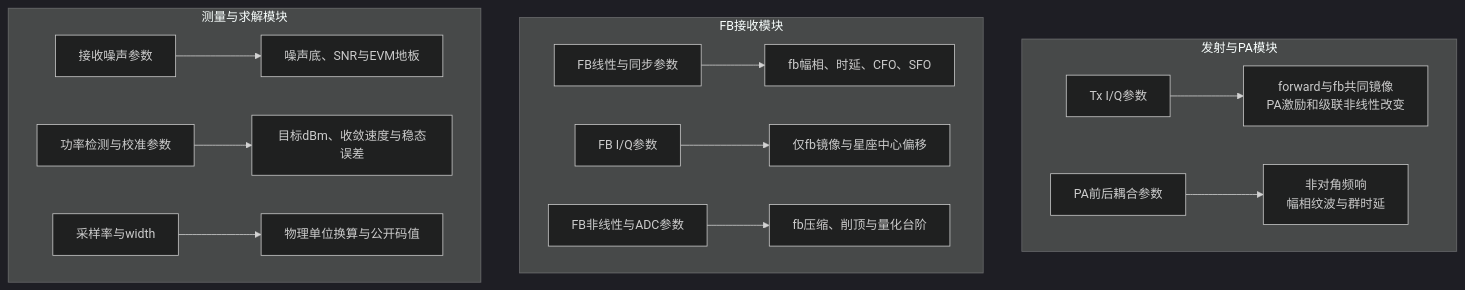
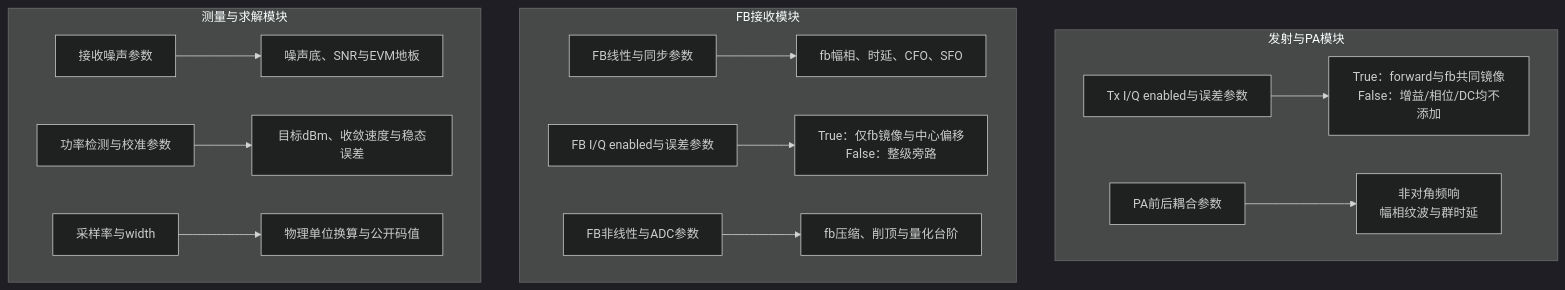
One commit to niyilu45/DPD_ILC changed the sixth of 9 diagrams in doc/Channel.md. Above: the diagram before and after it, drawn with Mermaid (dark theme). The commit also changed other lines of this file and 15 other files, not shown here.

````diff
--- a/doc/Channel.md
+++ b/doc/Channel.md
@@ -953,17 +1116,17 @@
 ```mermaid
 flowchart TB
     subgraph transmitter["发射与PA模块"]
-        txIq["Tx I/Q参数"] --> txObs["forward与fb共同镜像<br/>PA激励和级联非线性改变"]
+        txIq["Tx I/Q enabled与误差参数"] --> txObs["True：forward与fb共同镜像<br/>False：增益/相位/DC均不添加"]
         coupling["PA前后耦合参数"] --> couplingObs["非对角频响<br/>幅相纹波与群时延"]
     end
     subgraph feedback["FB接收模块"]
         fbSync["FB线性与同步参数"] --> syncObs["fb幅相、时延、CFO、SFO"]
-        fbIq["FB I/Q参数"] --> fbIqObs["仅fb镜像与星座中心偏移"]
+        fbIq["FB I/Q enabled与误差参数"] --> fbIqObs["True：仅fb镜像与中心偏移<br/>False：整级旁路"]
         fbNonlinear["FB非线性与ADC参数"] --> fbNonlinearObs["fb压缩、削顶与量化台阶"]
     end
     subgraph measurement["测量与求解模块"]
         noise["接收噪声参数"] --> noiseObs["噪声底、SNR与EVM地板"]
         calibration["功率检测与校准参数"] --> calibrationObs["目标dBm、收敛速度与稳态误差"]
         interface["采样率与width"] --> interfaceObs["物理单位换算与公开码值"]
     end
 ```
````
